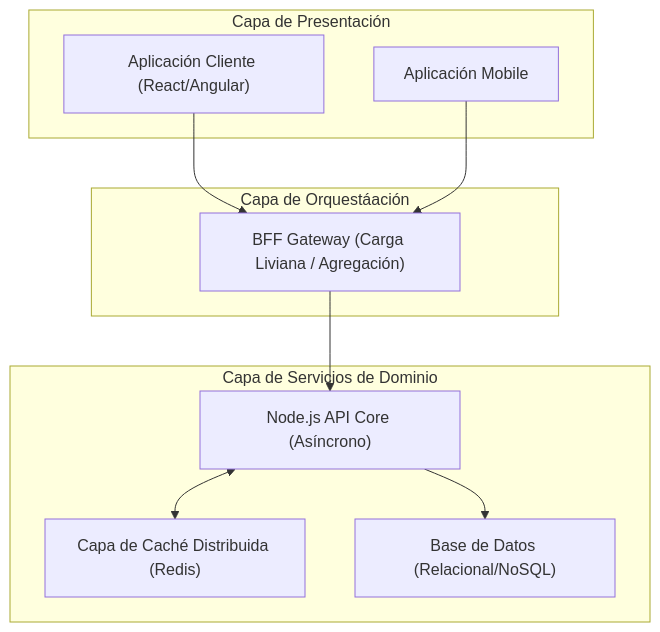
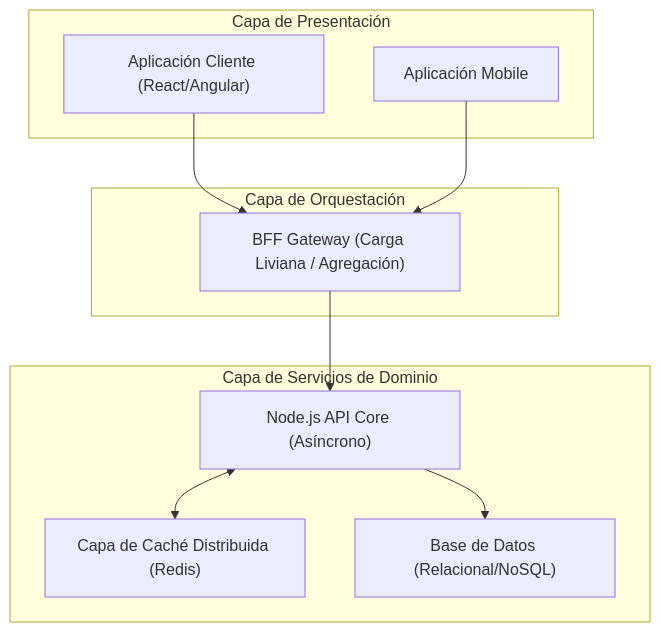
The second of 2 diagrams in architecture/blueprints-es/reference-architecture-nodejs-arc42.md (beyondnetcode/ums), drawn with Mermaid before and after one commit. The commit also changed 132 other files, not shown here.

Commit message:
docs: perform comprehensive localization and synchronization of architecture, governance, and operational documentation

````diff
--- a/architecture/blueprints-es/reference-architecture-nodejs-arc42.md
+++ b/architecture/blueprints-es/reference-architecture-nodejs-arc42.md
@@ -85,23 +85,23 @@
 ```mermaid
 graph TD
     subgraph Clients["Capa de Presentación"]
         FrontApp["Aplicación Cliente (React/Angular)"]
         MobileApp["Aplicación Mobile"]
     end
 
-    subgraph GatewayLayer["Capa de Orquestáación"]
+    subgraph GatewayLayer["Capa de Orquestación"]
         BFF["BFF Gateway (Carga Liviana / Agregación)"]
     end
 
     subgraph CoreServices["Capa de Servicios de Dominio"]
         NodeAPI["Node.js API Core (Asíncrono)"]
         FastCache["Capa de Caché Distribuida (Redis)"]
         MainDB["Base de Datos (Relacional/NoSQL)"]
     end
 
     FrontApp --> BFF
     MobileApp --> BFF
     BFF --> NodeAPI
     NodeAPI --> MainDB
     NodeAPI <--> FastCache
 ```
````
